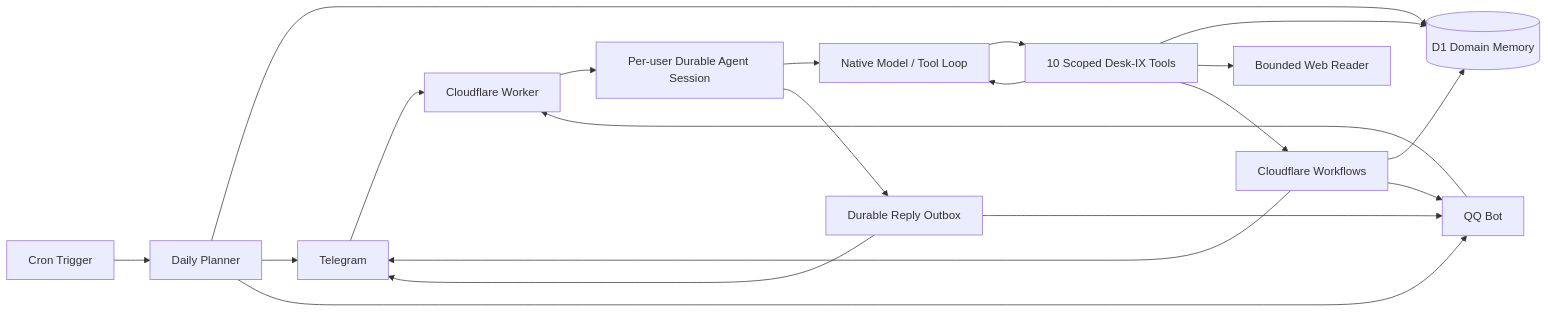
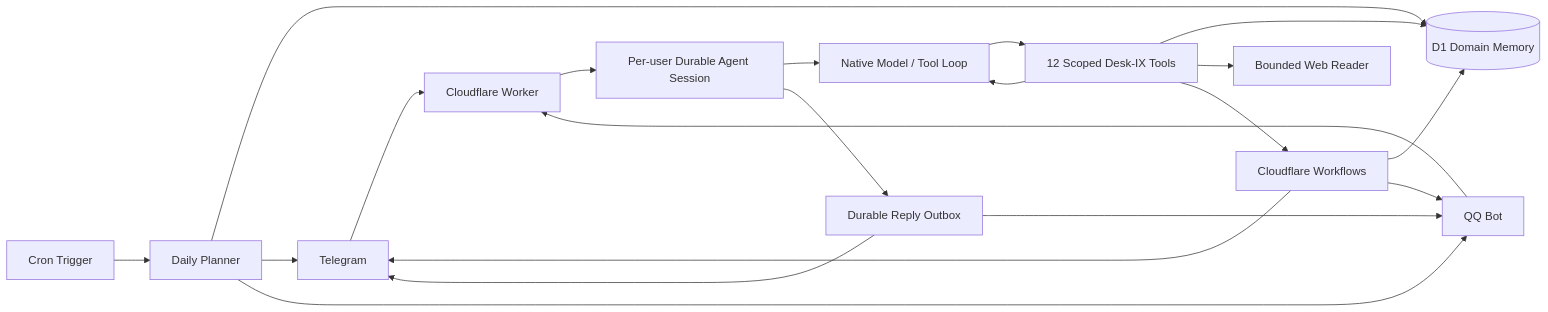
One commit to kinamind/Desk-IX changed the diagram in README.md. Above: the diagram before and after it, drawn with Mermaid. The commit also changed other lines of this file and 38 other files, not shown here.

````diff
--- a/README.md
+++ b/README.md
@@ -39,22 +41,22 @@
 ```mermaid
 flowchart LR
   TG["Telegram"] --> WH["Cloudflare Worker"]
   QQ["QQ Bot"] --> WH
   WH --> DO["Per-user Durable Agent Session"]
   DO --> AI["Native Model / Tool Loop"]
-  AI --> TOOLS["10 Scoped Desk-IX Tools"]
+  AI --> TOOLS["12 Scoped Desk-IX Tools"]
   TOOLS --> AI
   TOOLS --> D1[("D1 Domain Memory")]
   TOOLS --> WEB["Bounded Web Reader"]
   TOOLS --> WF["Cloudflare Workflows"]
   DO --> OUT["Durable Reply Outbox"]
   OUT --> TG
   OUT --> QQ
   WF --> D1
   WF --> TG
   WF --> QQ
   CR["Cron Trigger"] --> PLAN["Daily Planner"]
   PLAN --> D1
   PLAN --> TG
   PLAN --> QQ
 ```
````
